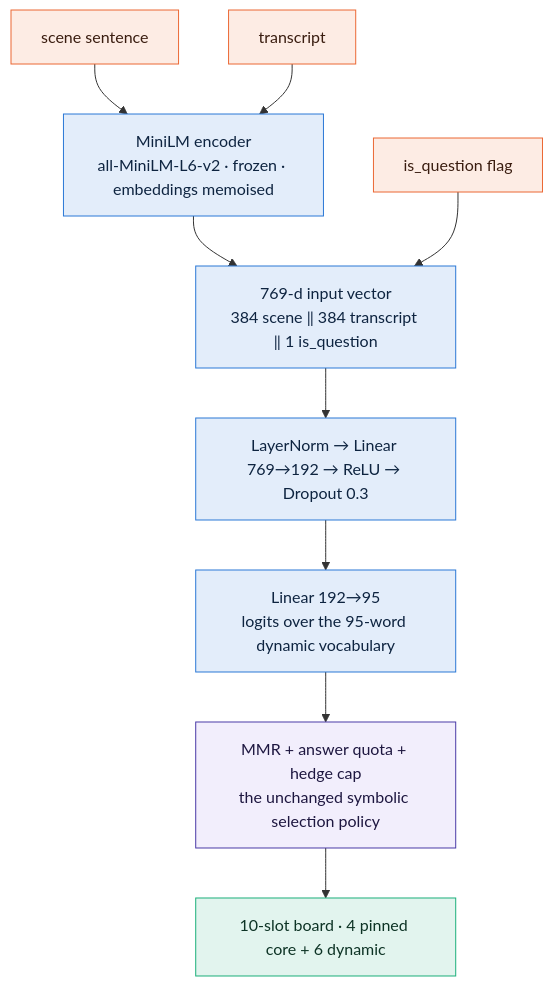
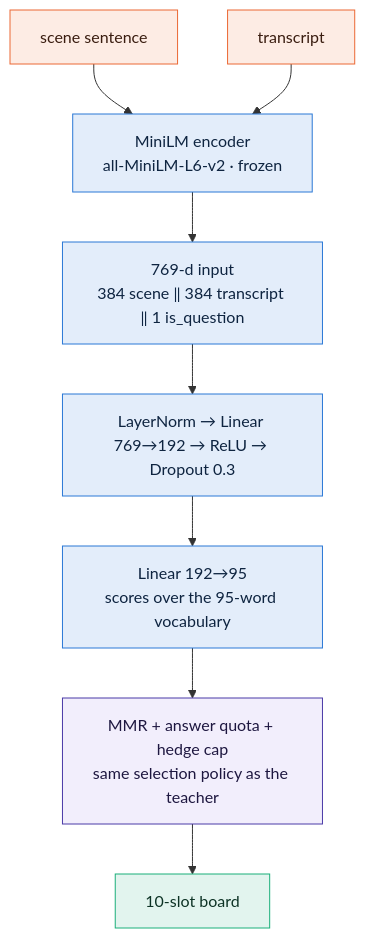
One commit to tanayvin1216/Revoce changed the third of 3 diagrams in README.md. Above: the diagram before and after it, drawn with Mermaid. The commit also changed other lines of this file and 11 other files, not shown here.

Commit message:
redo the readme as a launch page and restyle the charts

````diff
--- a/README.md
+++ b/README.md
@@ -274,21 +302,20 @@
 ```mermaid
 flowchart TD
     A["scene sentence"] --> C
     B["transcript"] --> C
-    C["MiniLM encoder<br/>all-MiniLM-L6-v2 · frozen · embeddings memoised"]
-    C --> D["769-d input vector<br/>384 scene ‖ 384 transcript ‖ 1 is_question"]
-    Q["is_question flag"] --> D
+    C["MiniLM encoder<br/>all-MiniLM-L6-v2 · frozen"]
+    C --> D["769-d input<br/>384 scene ‖ 384 transcript ‖ 1 is_question"]
     D --> E["LayerNorm → Linear 769→192 → ReLU → Dropout 0.3"]
-    E --> F["Linear 192→95<br/>logits over the 95-word dynamic vocabulary"]
-    F --> G["MMR + answer quota + hedge cap<br/>the unchanged symbolic selection policy"]
-    G --> H["10-slot board · 4 pinned core + 6 dynamic"]
+    E --> F["Linear 192→95<br/>scores over the 95-word vocabulary"]
+    F --> G["MMR + answer quota + hedge cap<br/>same selection policy as the teacher"]
+    G --> H["10-slot board"]
 
     classDef sense fill:#fdece4,stroke:#eb6834,color:#3a1d10
     classDef model fill:#e3edfa,stroke:#2a78d6,color:#0e2440
     classDef policy fill:#f2eefc,stroke:#4a3aa7,color:#1e1740
     classDef out fill:#e2f4ee,stroke:#1baf7a,color:#0d3325
-    class A,B,Q sense
+    class A,B sense
     class C,D,E,F model
     class G policy
     class H out
 ```
````
